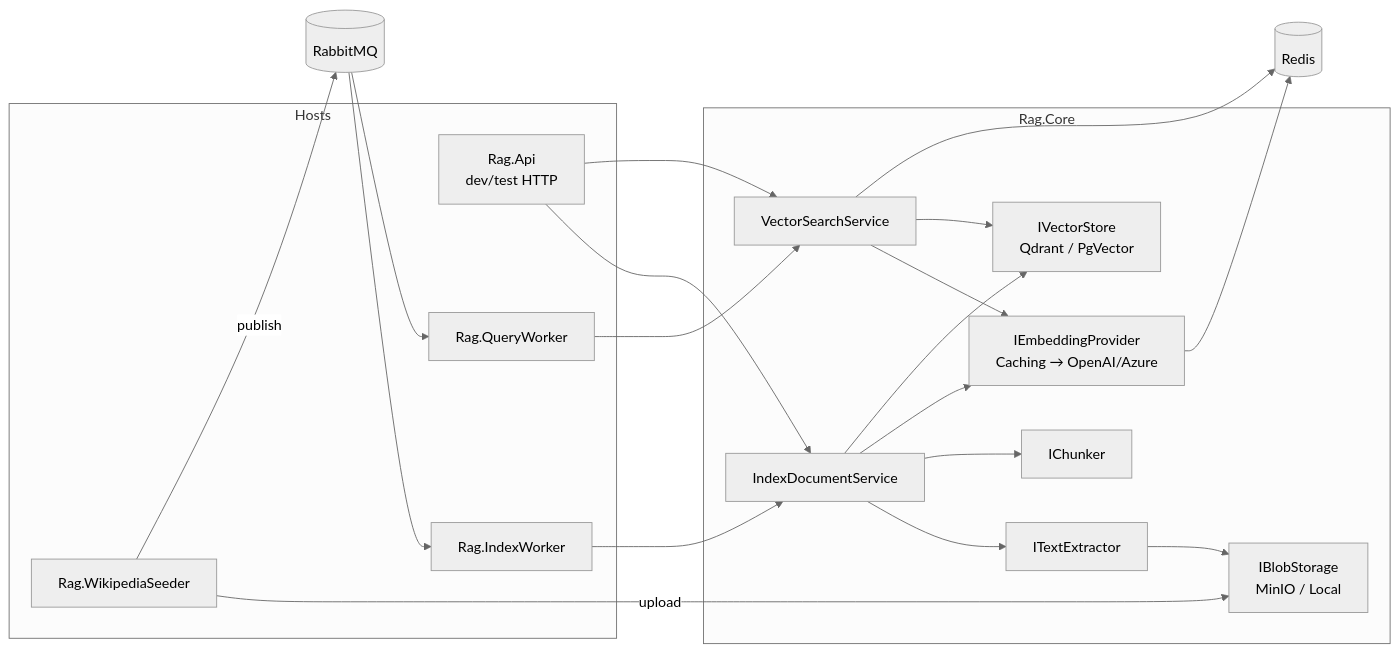
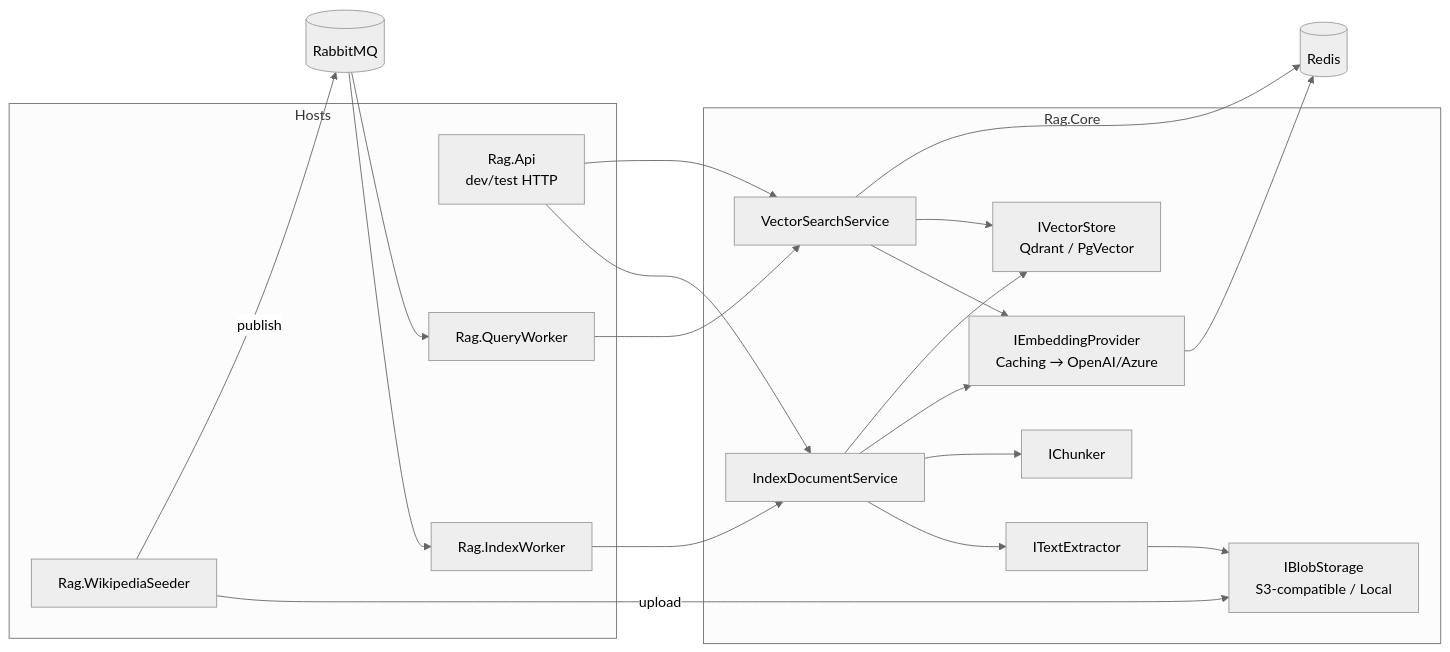
The diagram in docs/kb/01-system-architecture.md (mustafagoktugibolar/RagService), drawn with Mermaid (neutral theme) before and after one commit. The commit also changed other lines of this file and 27 other files, not shown here.

````diff
--- a/docs/kb/01-system-architecture.md
+++ b/docs/kb/01-system-architecture.md
@@ -23,34 +23,34 @@
 ```mermaid
 flowchart LR
     subgraph Hosts
       API[Rag.Api<br/>dev/test HTTP]
       IW[Rag.IndexWorker]
       QW[Rag.QueryWorker]
       SEED[Rag.WikipediaSeeder]
     end
     subgraph Core[Rag.Core]
       IDS[IndexDocumentService]
       VSS[VectorSearchService]
       EMB[IEmbeddingProvider<br/>Caching → OpenAI/Azure]
       VS[IVectorStore<br/>Qdrant / PgVector]
       CH[IChunker]
       TX[ITextExtractor]
-      BL[IBlobStorage<br/>MinIO / Local]
+      BL[IBlobStorage<br/>S3-compatible / Local]
     end
     MQ[(RabbitMQ)]
     RD[(Redis)]
     SEED -->|upload| BL
     SEED -->|publish| MQ
     MQ --> IW --> IDS
     MQ --> QW --> VSS
     API --> IDS
     API --> VSS
     IDS --> TX --> BL
     IDS --> CH
     IDS --> EMB
     IDS --> VS
     VSS --> EMB
     VSS --> VS
     VSS --> RD
     EMB --> RD
 ```
````
